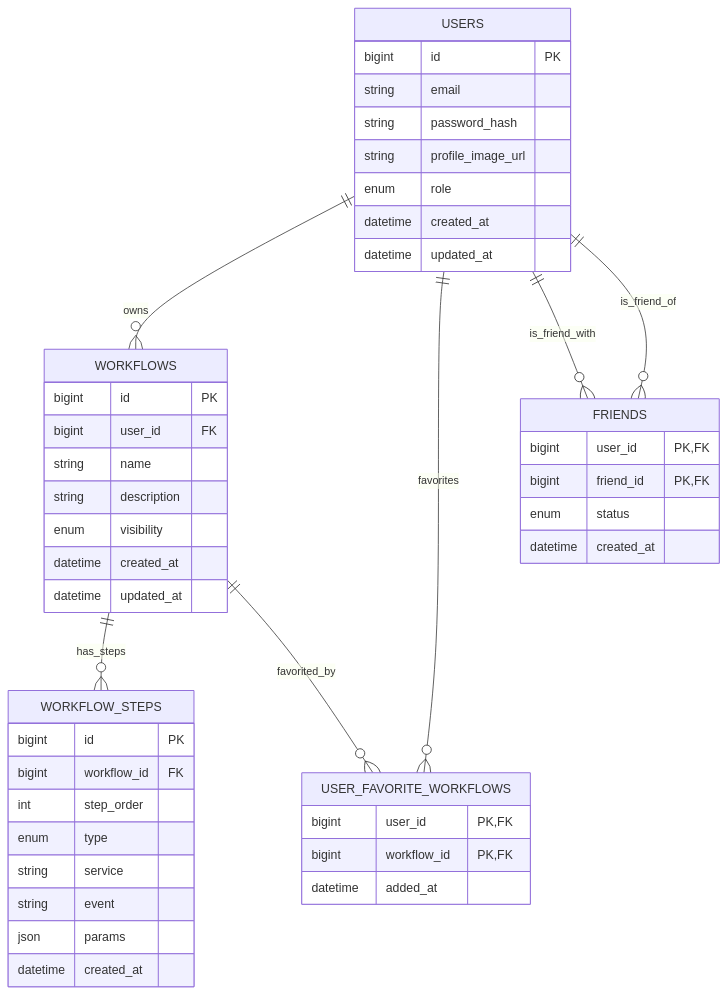
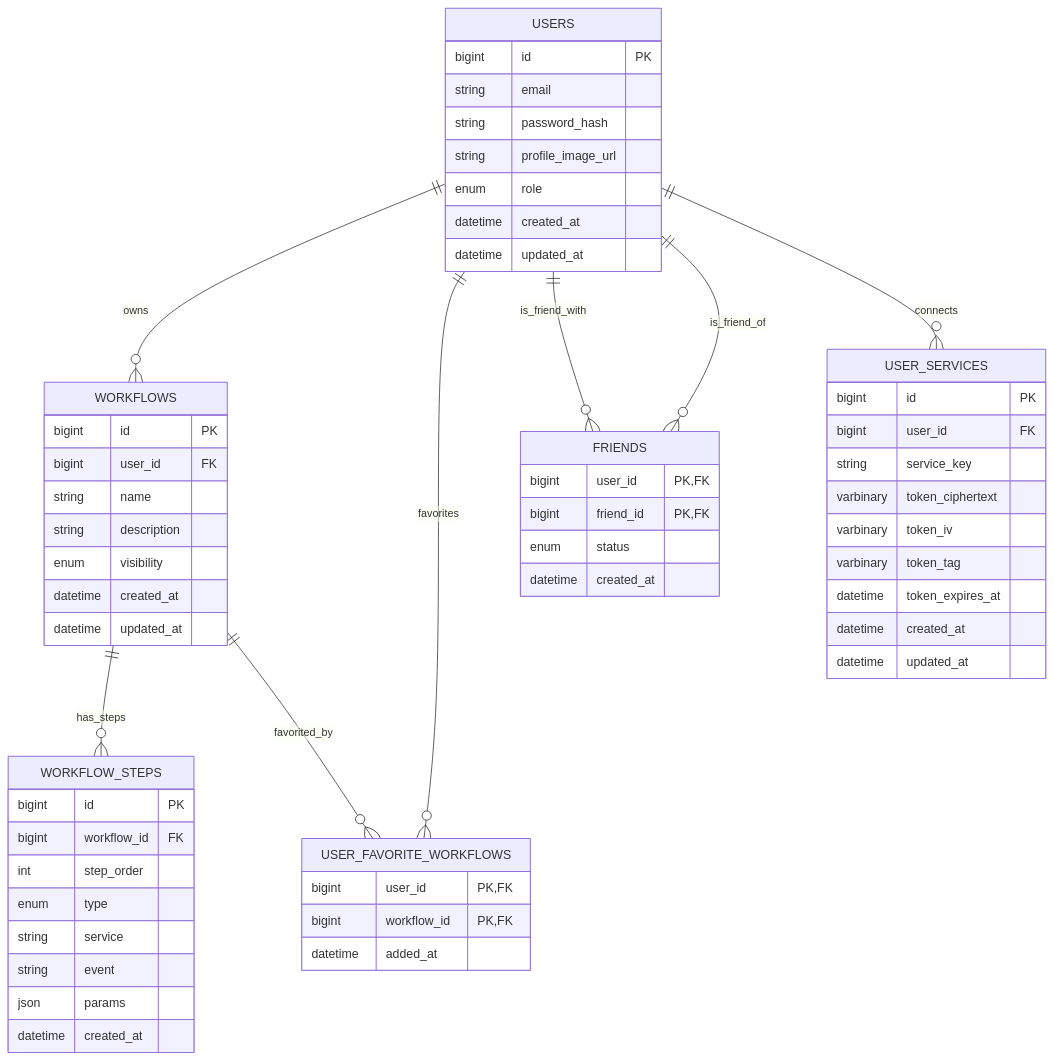
The diagram in README.md (corentinPierrat/mirror-area), drawn with Mermaid before and after one commit.

Commit message:
[ADD] users services table on readme

````diff
--- a/README.md
+++ b/README.md
@@ -12,53 +12,67 @@
 ```mermaid
 erDiagram
   USERS {
     bigint id PK
     string email
     string password_hash
     string profile_image_url
     enum role
     datetime created_at
     datetime updated_at
   }
 
   WORKFLOWS {
     bigint id PK
     bigint user_id FK
     string name
     string description
     enum visibility
     datetime created_at
     datetime updated_at
   }
 
   WORKFLOW_STEPS {
     bigint id PK
     bigint workflow_id FK
     int step_order
     enum type
     string service
     string event
     json params
     datetime created_at
   }
 
   USER_FAVORITE_WORKFLOWS {
     bigint user_id PK,FK
     bigint workflow_id PK,FK
     datetime added_at
   }
 
   FRIENDS {
     bigint user_id PK,FK
     bigint friend_id PK,FK
     enum status
     datetime created_at
   }
 
+  USER_SERVICES {
+    bigint id PK
+    bigint user_id FK
+    string service_key
+    varbinary token_ciphertext
+    varbinary token_iv
+    varbinary token_tag
+    datetime token_expires_at
+    datetime created_at
+    datetime updated_at
+  }
+
   USERS ||--o{ WORKFLOWS : owns
   WORKFLOWS ||--o{ WORKFLOW_STEPS : has_steps
   USERS ||--o{ USER_FAVORITE_WORKFLOWS : favorites
   WORKFLOWS ||--o{ USER_FAVORITE_WORKFLOWS : favorited_by
   USERS ||--o{ FRIENDS : is_friend_with
   USERS ||--o{ FRIENDS : is_friend_of
+  USERS ||--o{ USER_SERVICES : connects
+
 ```
````
